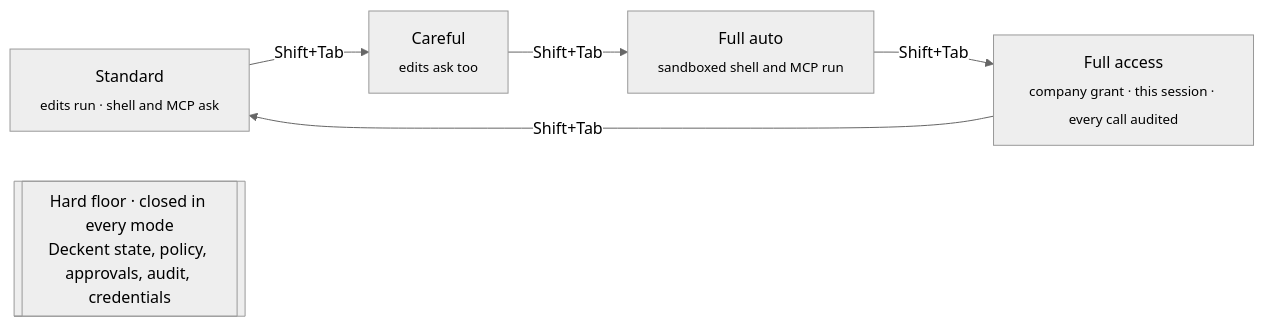
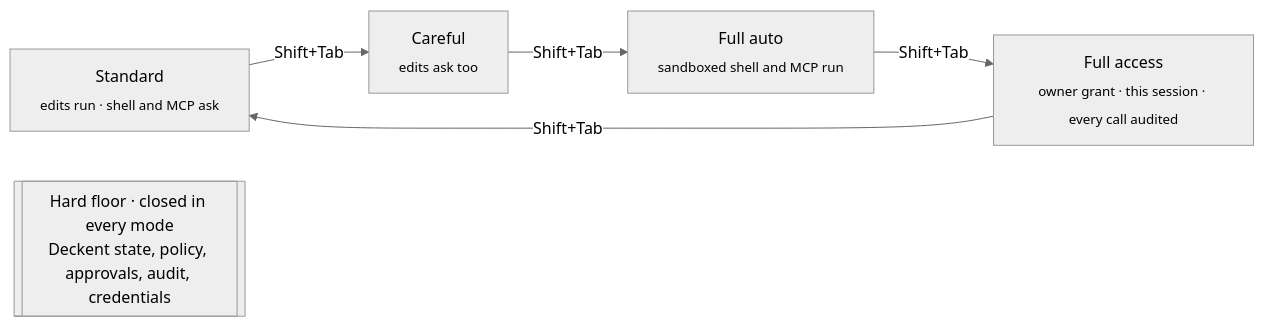
One commit to Verhex/deckent-next changed the fifth of 6 diagrams in README.md. Above: the diagram before and after it, drawn with Mermaid (neutral theme). The commit also changed other lines of this file and 1 other file, not shown here.

````diff
--- a/README.md
+++ b/README.md
@@ -399,8 +413,8 @@
 ```mermaid
 flowchart LR
   S["Standard<br/><sub>edits run · shell and MCP ask</sub>"] -->|Shift+Tab| C["Careful<br/><sub>edits ask too</sub>"]
   C -->|Shift+Tab| A["Full auto<br/><sub>sandboxed shell and MCP run</sub>"]
-  A -->|Shift+Tab| F["Full access<br/><sub>company grant · this session · every call audited</sub>"]
+  A -->|Shift+Tab| F["Full access<br/><sub>owner grant · this session · every call audited</sub>"]
   F -->|Shift+Tab| S
   H[["Hard floor · closed in every mode<br/>Deckent state, policy, approvals, audit, credentials"]]
 ```
````
